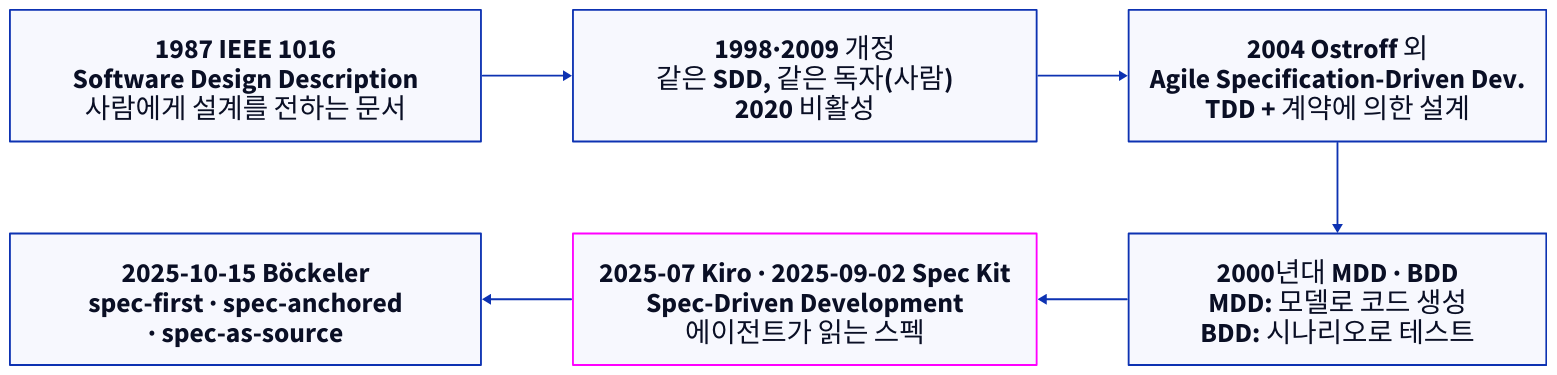
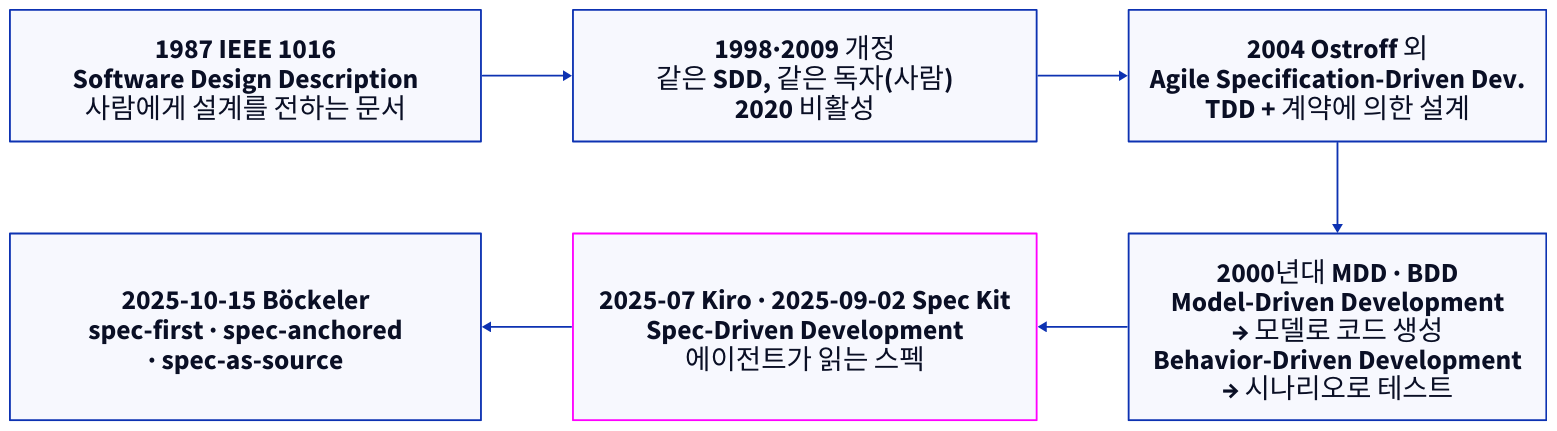
One commit to TheMagicTower/korean-ai-dev-course changed the diagram in kangnam-agentic/diagrams/src/p05-sdd-lineage.d2. Above: the diagram before and after it, drawn with D2. The commit also changed 3 other files, not shown here.

Commit message:
fix(kangnam-agentic): spell out MDD/BDD full names in lineage diagram (#14)

```diff
--- a/kangnam-agentic/diagrams/src/p05-sdd-lineage.d2
+++ b/kangnam-agentic/diagrams/src/p05-sdd-lineage.d2
@@ -1,18 +1,18 @@
 grid-rows: 2
 grid-columns: 3
 horizontal-gap: 100
 vertical-gap: 100
 a: "1987 IEEE 1016\nSoftware Design Description\n사람에게 설계를 전하는 문서"
 b: "1998·2009 개정\n같은 SDD, 같은 독자(사람)\n2020 비활성"
 c: "2004 Ostroff 외\nAgile Specification-Driven Dev.\nTDD + 계약에 의한 설계"
 f: "2025-10-15 Böckeler\nspec-first · spec-anchored\n· spec-as-source"
 e: "2025-07 Kiro · 2025-09-02 Spec Kit\nSpec-Driven Development\n에이전트가 읽는 스펙" {style.stroke: "#ff00ff"}
-d: "2000년대 MDD · BDD\nMDD: 모델로 코드 생성\nBDD: 시나리오로 테스트"
+d: "2000년대 MDD · BDD\nModel-Driven Development\n→ 모델로 코드 생성\nBehavior-Driven Development\n→ 시나리오로 테스트"
 a -> b
 b -> c
 c -> d
 d -> e
 e -> f
 
 **.style.font-size: 30
 (** -> **)[*].style.font-size: 24
```
